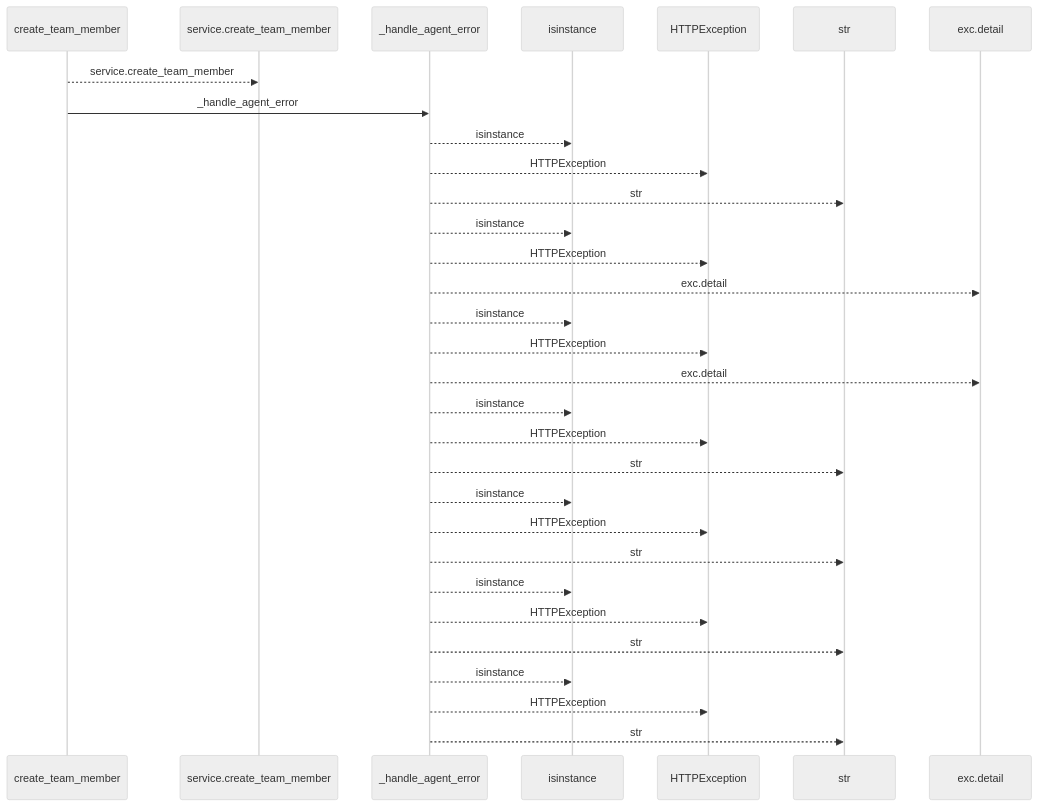
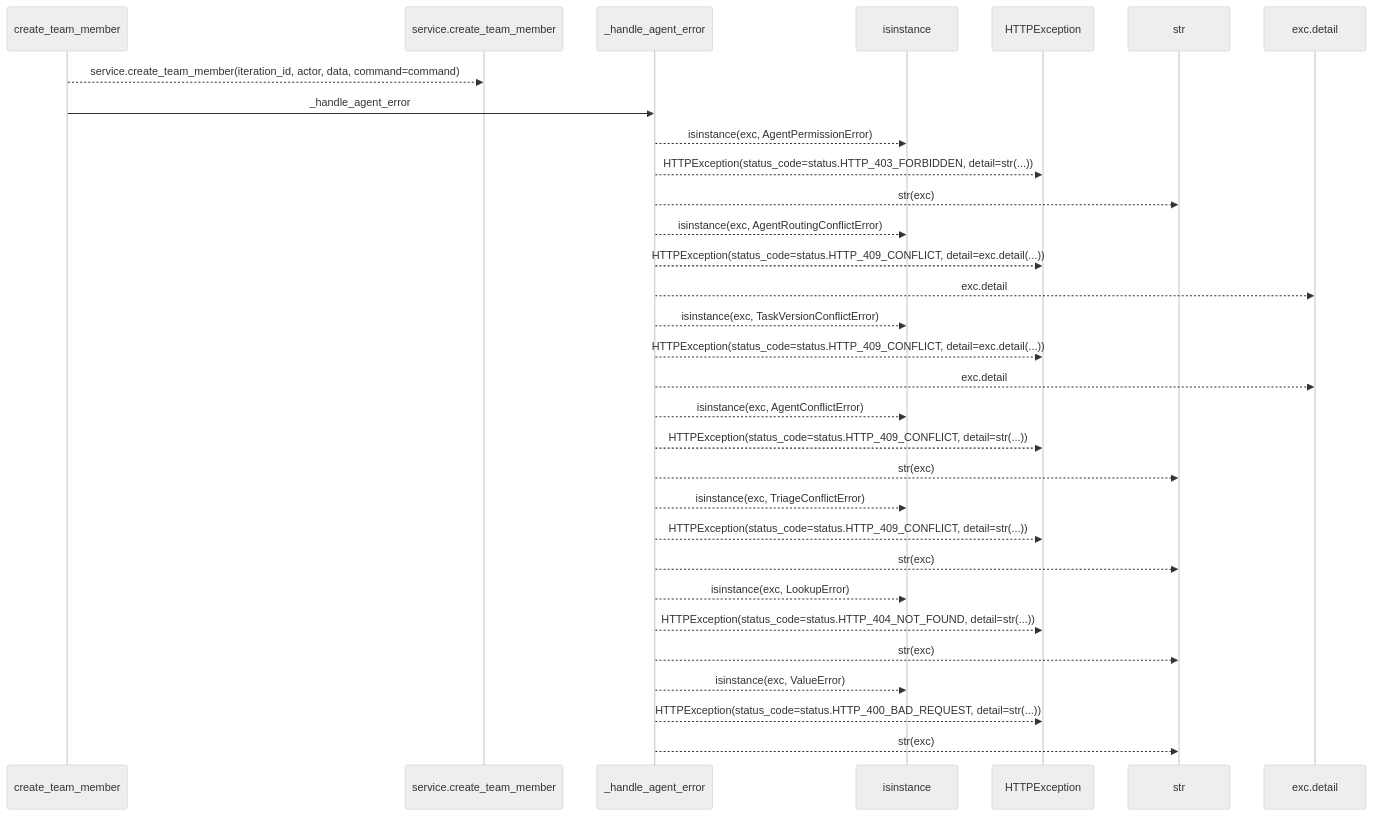
One commit to Denissvgn/WorkChord changed the first of 2 diagrams in docs/llm_wiki/flows/http-create_team_member-agent_planning.md. Above: the diagram before and after it, drawn with Mermaid (neutral theme). The commit also changed other lines of this file and 25171 other files, not shown here.

````diff
--- a/docs/llm_wiki/flows/http-create_team_member-agent_planning.md
+++ b/docs/llm_wiki/flows/http-create_team_member-agent_planning.md
@@ -10,33 +12,33 @@
 ```mermaid
 sequenceDiagram
     participant p0 as create_team_member
     participant p1 as service.create_team_member
     participant p2 as _handle_agent_error
     participant p3 as isinstance
     participant p4 as HTTPException
     participant p5 as str
     participant p6 as exc.detail
-    p0-->>p1: service.create_team_member
+    p0-->>p1: service.create_team_member(iteration_id, actor, data, command=command)
     p0->>p2: _handle_agent_error
-    p2-->>p3: isinstance
-    p2-->>p4: HTTPException
-    p2-->>p5: str
-    p2-->>p3: isinstance
-    p2-->>p4: HTTPException
+    p2-->>p3: isinstance(exc, AgentPermissionError)
+    p2-->>p4: HTTPException(status_code=status.HTTP_403_FORBIDDEN, detail=str(...))
+    p2-->>p5: str(exc)
+    p2-->>p3: isinstance(exc, AgentRoutingConflictError)
+    p2-->>p4: HTTPException(status_code=status.HTTP_409_CONFLICT, detail=exc.detail(...))
     p2-->>p6: exc.detail
-    p2-->>p3: isinstance
-    p2-->>p4: HTTPException
+    p2-->>p3: isinstance(exc, TaskVersionConflictError)
+    p2-->>p4: HTTPException(status_code=status.HTTP_409_CONFLICT, detail=exc.detail(...))
     p2-->>p6: exc.detail
-    p2-->>p3: isinstance
-    p2-->>p4: HTTPException
-    p2-->>p5: str
-    p2-->>p3: isinstance
-    p2-->>p4: HTTPException
-    p2-->>p5: str
-    p2-->>p3: isinstance
-    p2-->>p4: HTTPException
-    p2-->>p5: str
-    p2-->>p3: isinstance
-    p2-->>p4: HTTPException
-    p2-->>p5: str
+    p2-->>p3: isinstance(exc, AgentConflictError)
+    p2-->>p4: HTTPException(status_code=status.HTTP_409_CONFLICT, detail=str(...))
+    p2-->>p5: str(exc)
+    p2-->>p3: isinstance(exc, TriageConflictError)
+    p2-->>p4: HTTPException(status_code=status.HTTP_409_CONFLICT, detail=str(...))
+    p2-->>p5: str(exc)
+    p2-->>p3: isinstance(exc, LookupError)
+    p2-->>p4: HTTPException(status_code=status.HTTP_404_NOT_FOUND, detail=str(...))
+    p2-->>p5: str(exc)
+    p2-->>p3: isinstance(exc, ValueError)
+    p2-->>p4: HTTPException(status_code=status.HTTP_400_BAD_REQUEST, detail=str(...))
+    p2-->>p5: str(exc)
 ```
````
